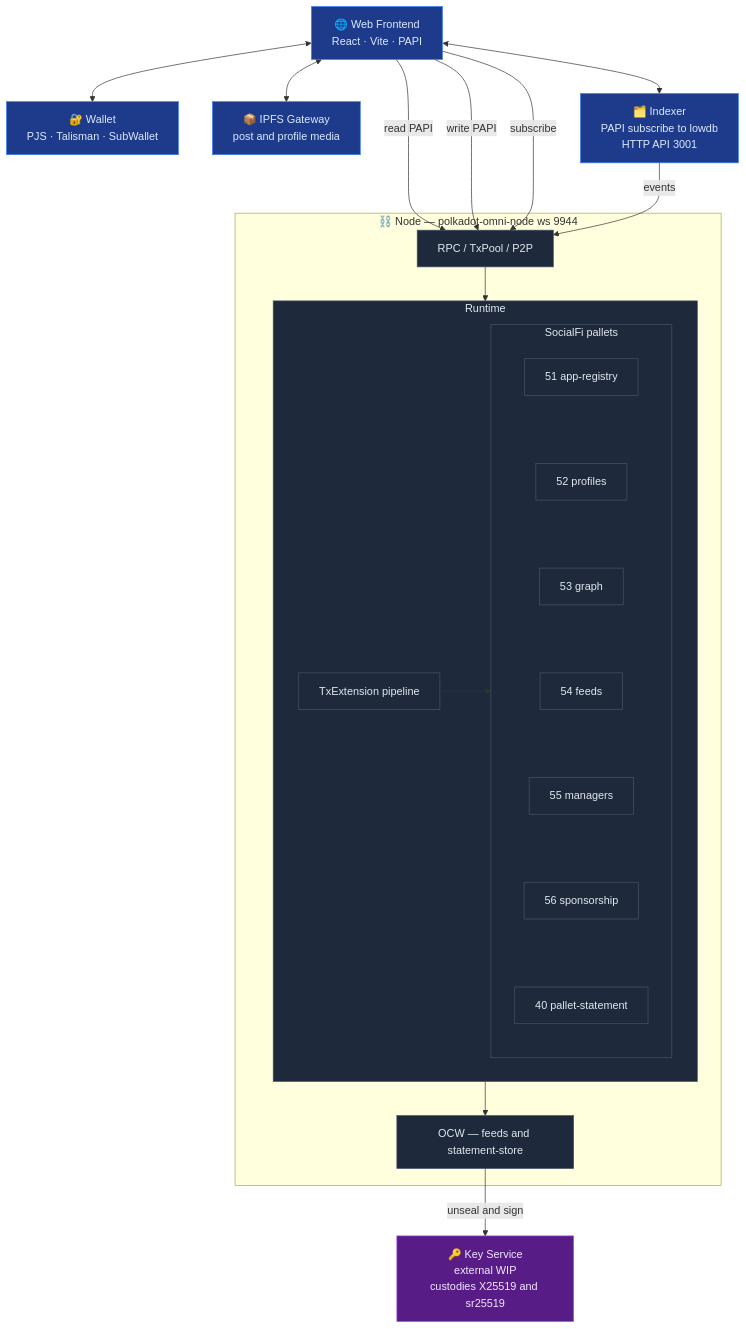
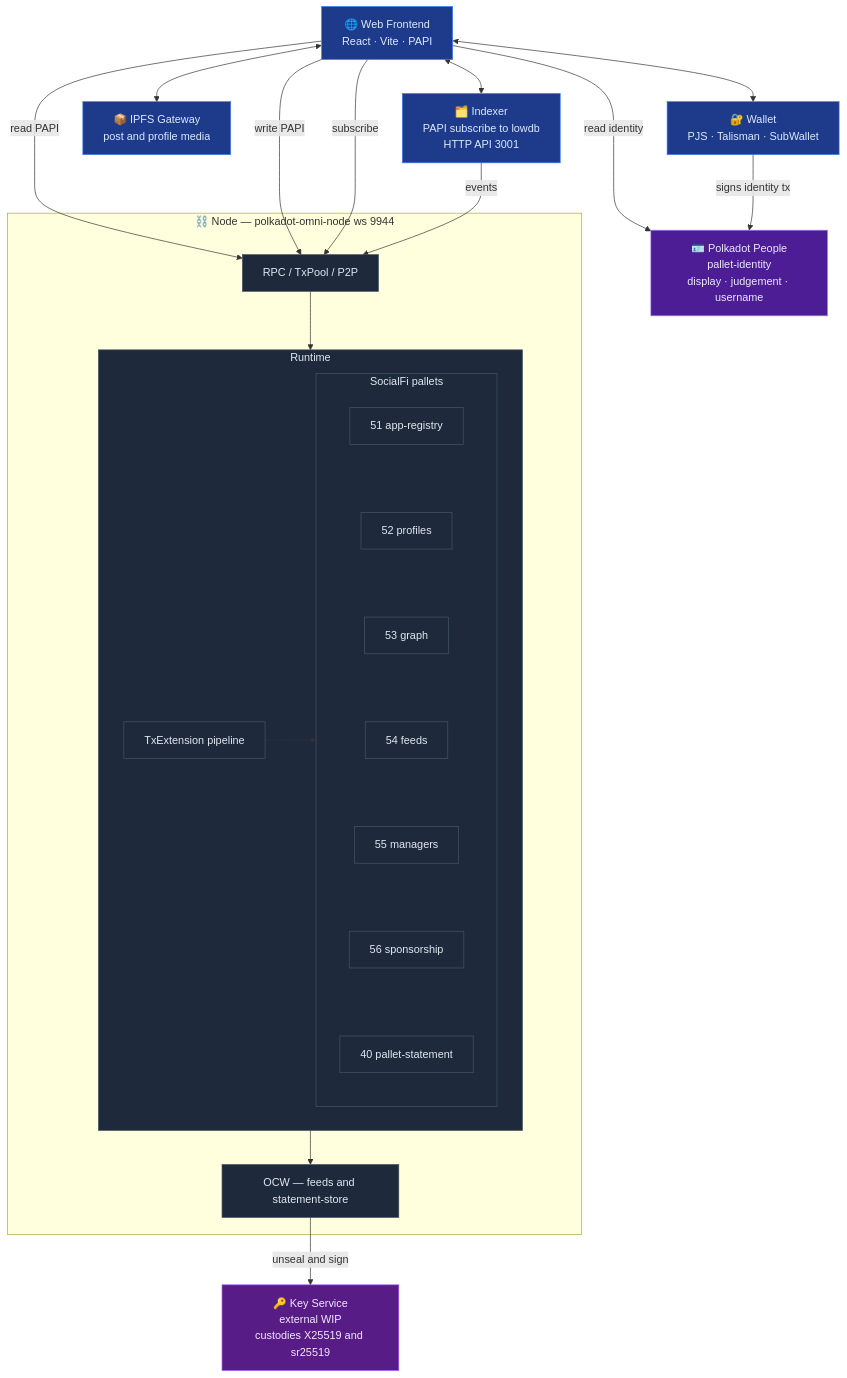
Before and after one commit to germankuber/socialfi-protocol: the diagram in README.md, drawn with Mermaid.

Commit message:
docs(readme): add Polkadot People chain to the architecture diagram
The frontend opens a second PAPI connection against the Polkadot People parachain to read identity state (display name, judgement, username). When the user updates their identity or requests a judgement, the wallet signs those extrinsics against the People runtime directly — so there is a distinct Wallet -> People edge alongside Wallet -> Frontend. Added a 'people' class (purple) to keep the parachain visually separate from the SocialFi node.

````diff
--- a/README.md
+++ b/README.md
@@ -15,48 +15,54 @@
 ```mermaid
 flowchart TB
     Wallet["🔐 Wallet<br/>PJS · Talisman · SubWallet"]
     IPFS["📦 IPFS Gateway<br/>post and profile media"]
     Front["🌐 Web Frontend<br/>React · Vite · PAPI"]
     Indexer["🗂️ Indexer<br/>PAPI subscribe to lowdb<br/>HTTP API 3001"]
     KS["🔑 Key Service<br/>external WIP<br/>custodies X25519 and sr25519"]
+    People["🪪 Polkadot People<br/>pallet-identity<br/>display · judgement · username"]
 
     subgraph Node["⛓️ Node — polkadot-omni-node ws 9944"]
         RPC["RPC / TxPool / P2P"]
         subgraph RT["Runtime"]
             TxExt["TxExtension pipeline"]
             subgraph Pallets["SocialFi pallets"]
                 direction TB
                 AR["51 app-registry"]
                 PR["52 profiles"]
                 GR["53 graph"]
                 FD["54 feeds"]
                 MG["55 managers"]
                 SP["56 sponsorship"]
                 ST["40 pallet-statement"]
                 AR ~~~ PR ~~~ GR ~~~ FD ~~~ MG ~~~ SP ~~~ ST
             end
             TxExt --> Pallets
         end
         OCW["OCW — feeds and statement-store"]
         RPC --> RT
         RT --> OCW
     end
 
     Front <--> Wallet
     Front <--> IPFS
     Front <--> Indexer
 
     Front -- "read PAPI" --> RPC
     Front -- "write PAPI" --> RPC
     Front -- "subscribe" --> RPC
 
+    Front -- "read identity" --> People
+    Wallet -- "signs identity tx" --> People
+
     Indexer -- "events" --> RPC
     OCW -- "unseal and sign" --> KS
 
     classDef user fill:#1e3a8a,color:#dbeafe,stroke:#3b82f6
     classDef chain fill:#1e293b,color:#e2e8f0,stroke:#475569
     classDef external fill:#581c87,color:#f3e8ff,stroke:#a855f7
+    classDef people fill:#4c1d95,color:#ede9fe,stroke:#a78bfa
     class Wallet,Front,IPFS,Indexer user
     class RPC,RT,OCW,TxExt,Pallets,AR,PR,GR,FD,MG,SP,ST chain
     class KS external
+    class People people
 ```
````
